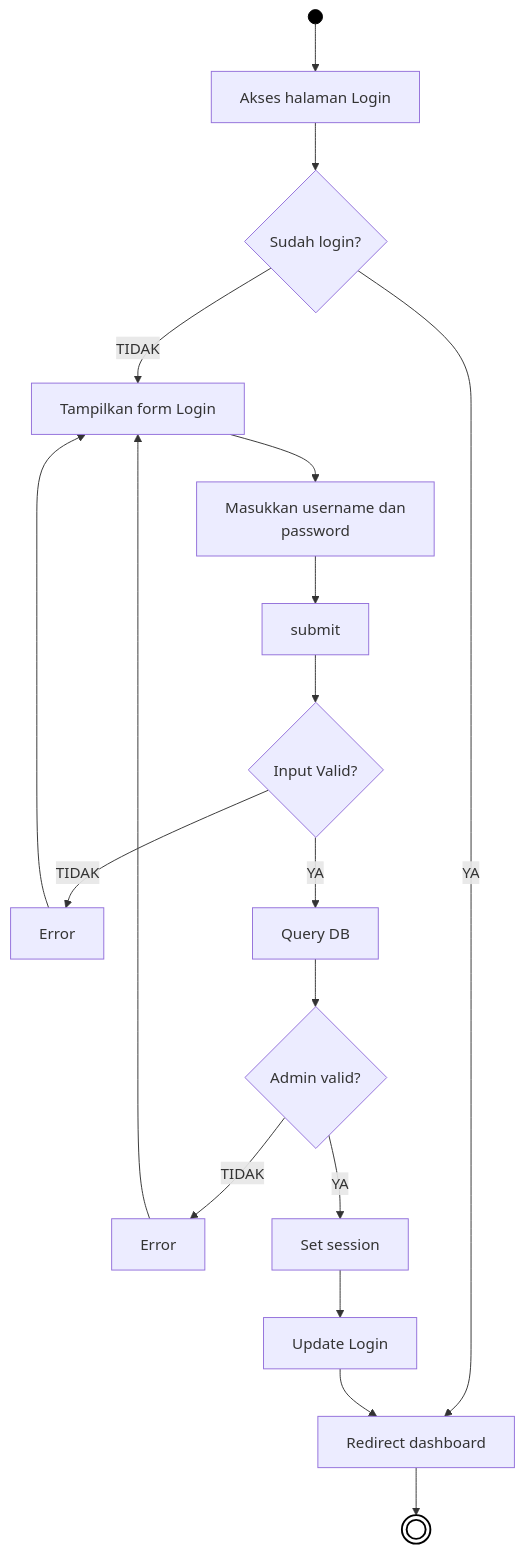
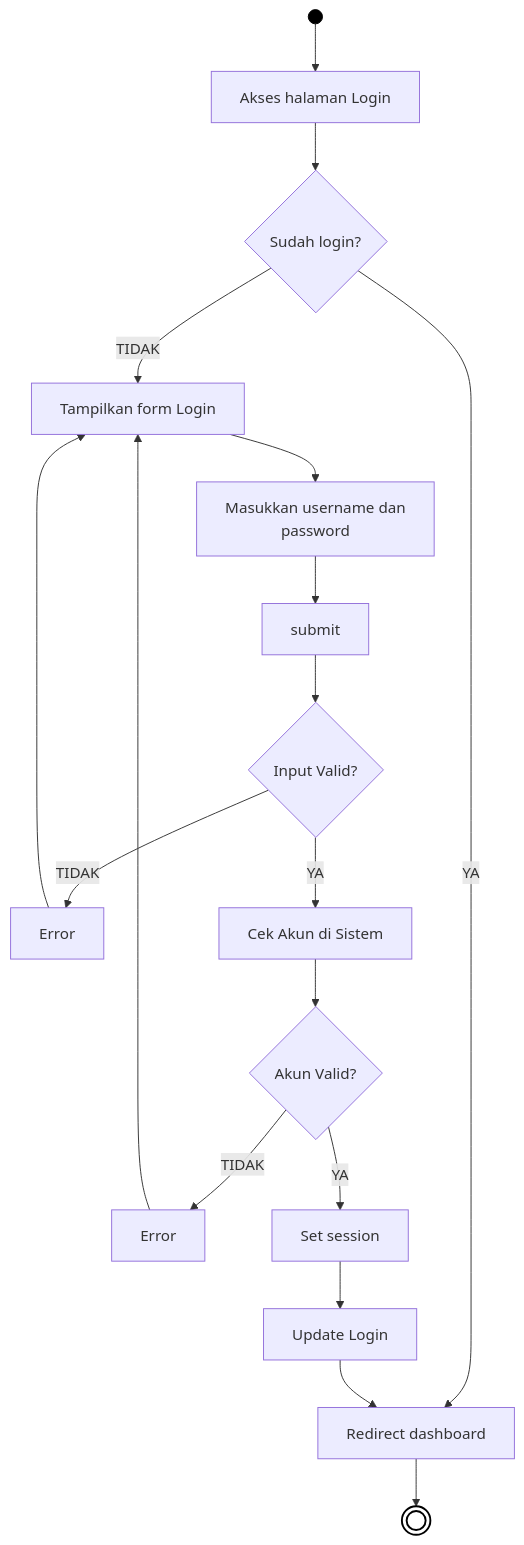
One commit to arbain-dev/Web_fikom changed the first of 5 diagrams in docs/01_DIAGRAM_AKTIVITAS.md. Above: the diagram before and after it, drawn with Mermaid. The commit also changed other lines of this file, not shown here.

Commit message:
docs: menyederhanakan istilah Query DB pada diagram aktivitas

````diff
--- a/docs/01_DIAGRAM_AKTIVITAS.md
+++ b/docs/01_DIAGRAM_AKTIVITAS.md
@@ -12,29 +12,29 @@
 ```mermaid
 flowchart TD
     Start(( )) --> A[Akses halaman Login]
     A --> B{Sudah login?}
     
     B -- YA --> C[Redirect dashboard]
     C --> End((( )))
     
     B -- TIDAK --> D[Tampilkan form Login]
     D --> E[Masukkan username dan\npassword]
     E --> F[submit]
     F --> G{Input Valid?}
     
     G -- TIDAK --> H[Error]
     H --> D
     
-    G -- YA --> I[Query DB]
-    I --> J{Admin valid?}
+    G -- YA --> I[Cek Akun di Sistem]
+    I --> J{Akun Valid?}
     
     J -- TIDAK --> K[Error]
     K --> D
     
     J -- YA --> L[Set session]
     L --> M[Update Login]
     M --> C
     
     style Start fill:#000,stroke:#000,color:#000
     style End fill:#fff,stroke:#000,stroke-width:2px
 ```
````
